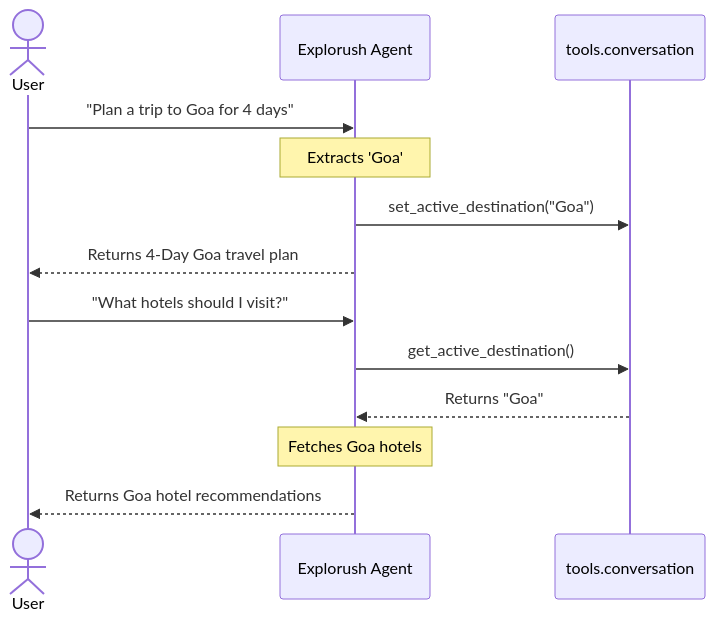
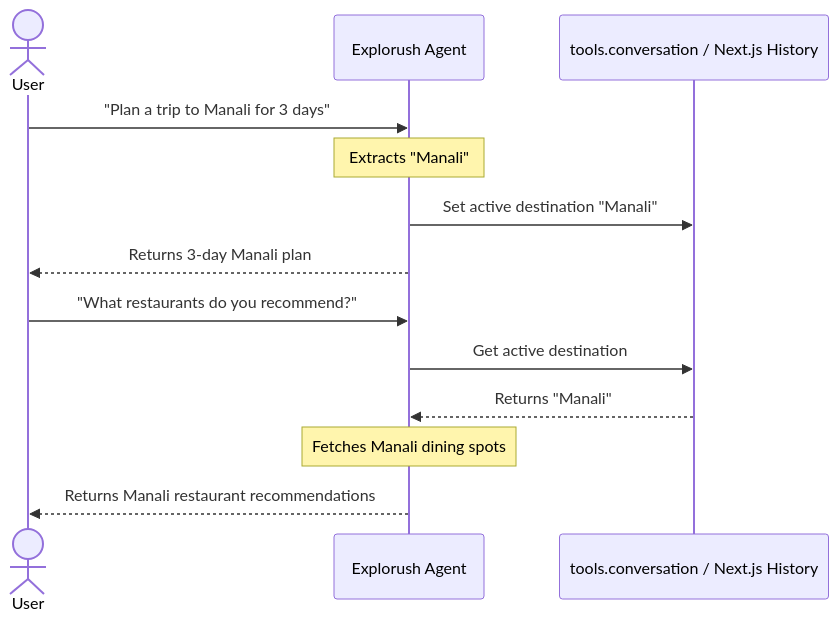
One commit to harshchorghe/ai-trek-agent changed the second of 2 diagrams in README.md. Above: the diagram before and after it, drawn with Mermaid. The commit also changed other lines of this file and 5 other files, not shown here.

````diff
--- a/README.md
+++ b/README.md
@@ -38,17 +35,17 @@
 ```mermaid
 sequenceDiagram
     actor User
     participant Agent as Explorush Agent
-    participant Session as tools.conversation
+    participant Session as tools.conversation / Next.js History
     
-    User->>Agent: "Plan a trip to Goa for 4 days"
-    Note over Agent: Extracts 'Goa'
-    Agent->>Session: set_active_destination("Goa")
-    Agent-->>User: Returns 4-Day Goa travel plan
+    User->>Agent: "Plan a trip to Manali for 3 days"
+    Note over Agent: Extracts "Manali"
+    Agent->>Session: Set active destination "Manali"
+    Agent-->>User: Returns 3-day Manali plan
     
-    User->>Agent: "What hotels should I visit?"
-    Agent->>Session: get_active_destination()
-    Session-->>Agent: Returns "Goa"
-    Note over Agent: Fetches Goa hotels
-    Agent-->>User: Returns Goa hotel recommendations
+    User->>Agent: "What restaurants do you recommend?"
+    Agent->>Session: Get active destination
+    Session-->>Agent: Returns "Manali"
+    Note over Agent: Fetches Manali dining spots
+    Agent-->>User: Returns Manali restaurant recommendations
 ```
````
